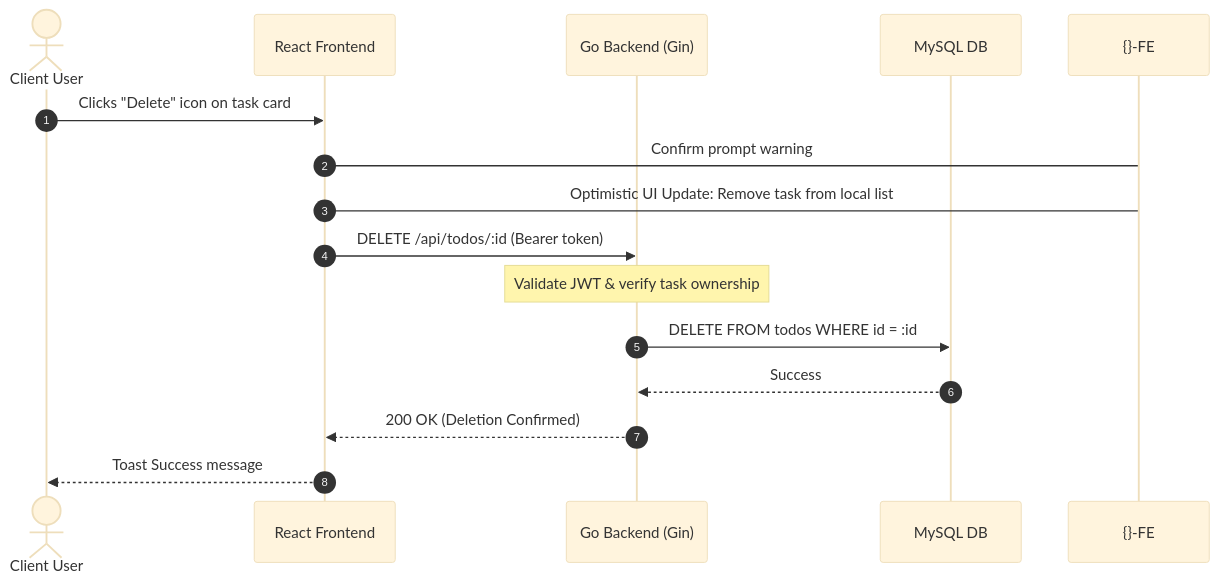
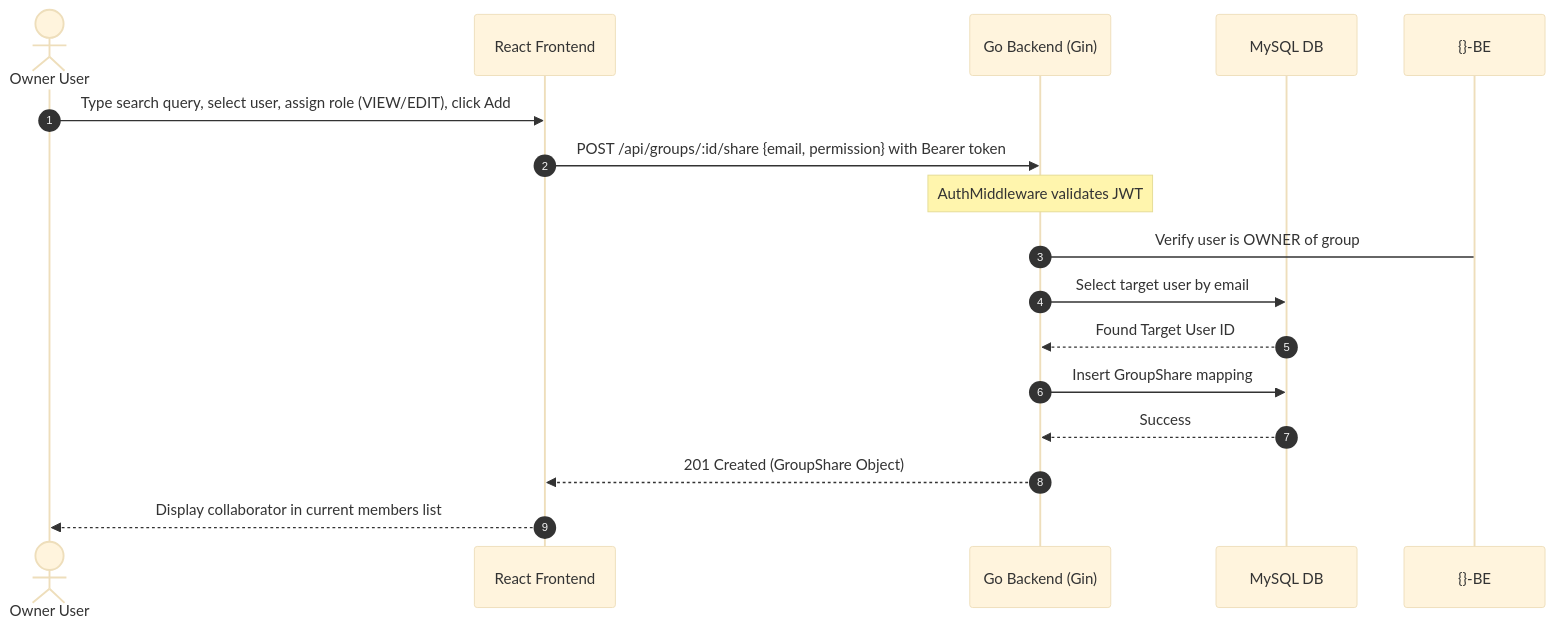
Before and after one commit to krishnabhambani/Todo---KreditBee: the fifth of 5 diagrams in walkthrough.md, drawn with Mermaid (base theme). The commit also changed other lines of this file and 6 other files, not shown here.

Commit message:
updated auth flow

````diff
--- a/walkthrough.md
+++ b/walkthrough.md
@@ -718,18 +509,19 @@
 ```mermaid
 sequenceDiagram
     autonumber
-    actor User as Client User
+    actor User as Owner User
     participant FE as React Frontend
     participant BE as Go Backend (Gin)
     participant DB as MySQL DB
 
-    User->>FE: Clicks "Delete" icon on task card
-    FE->{}-FE: Confirm prompt warning
-    FE->{}-FE: Optimistic UI Update: Remove task from local list
-    FE->>BE: DELETE /api/todos/:id (Bearer token)
-    Note over BE: Validate JWT & verify task ownership
-    BE->>DB: DELETE FROM todos WHERE id = :id
+    User->>FE: Type search query, select user, assign role (VIEW/EDIT), click Add
+    FE->>BE: POST /api/groups/:id/share {email, permission} with Bearer token
+    Note over BE: AuthMiddleware validates JWT
+    BE->{}-BE: Verify user is OWNER of group
+    BE->>DB: Select target user by email
+    DB-->>BE: Found Target User ID
+    BE->>DB: Insert GroupShare mapping
     DB-->>BE: Success
-    BE-->>FE: 200 OK (Deletion Confirmed)
-    FE-->>User: Toast Success message
+    BE-->>FE: 201 Created (GroupShare Object)
+    FE-->>User: Display collaborator in current members list
 ```
````
